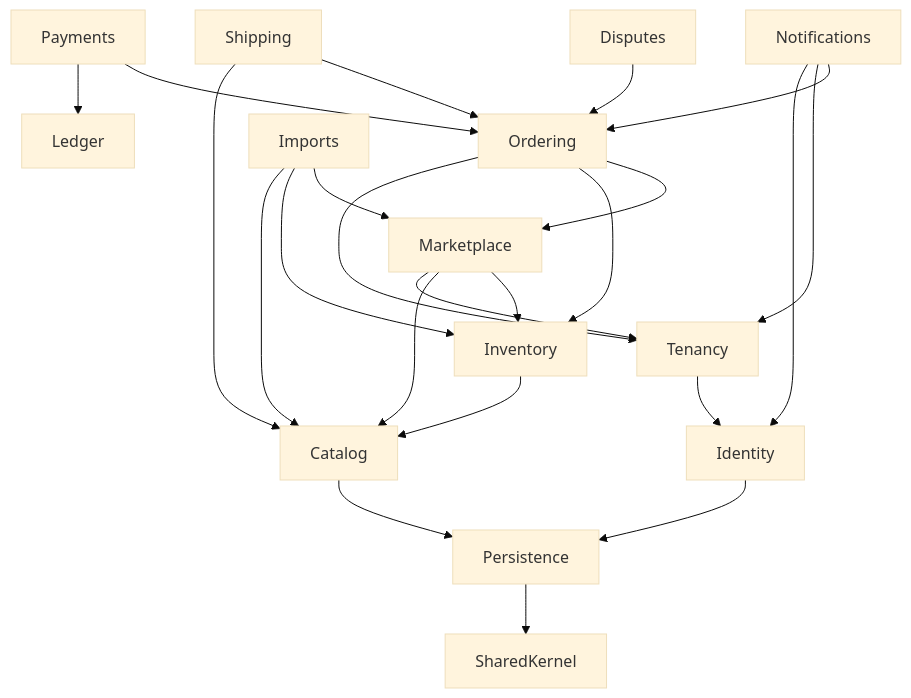
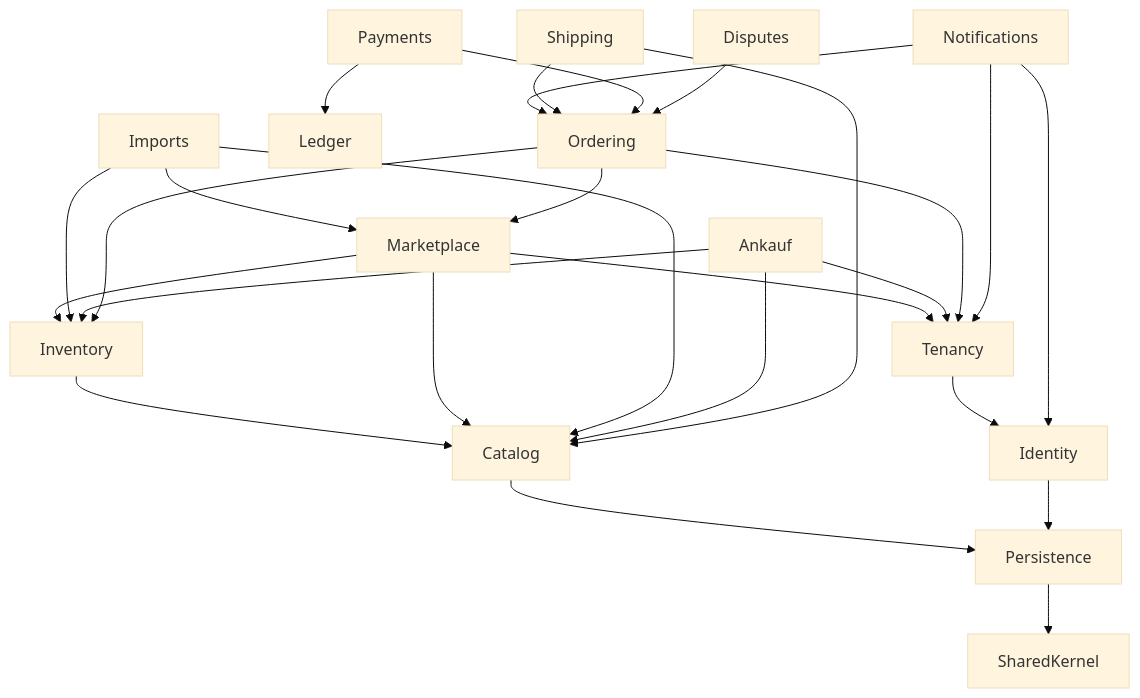
One commit to sedatakyol-49/handyNet changed the second of 2 diagrams in docs/architecture.md. Above: the diagram before and after it, drawn with Mermaid (base theme). The commit also changed other lines of this file and 20 other files, not shown here.

````diff
--- a/docs/architecture.md
+++ b/docs/architecture.md
@@ -24,25 +24,28 @@
 ```mermaid
 flowchart TD
     Disputes --> Ordering
     Payments --> Ordering
     Payments --> Ledger
     Shipping --> Ordering
     Shipping --> Catalog
     Notifications --> Ordering
     Notifications --> Tenancy
     Notifications --> Identity
     Ordering --> Marketplace
     Ordering --> Inventory
     Ordering --> Tenancy
+    Ankauf --> Inventory
+    Ankauf --> Catalog
+    Ankauf --> Tenancy
     Imports --> Marketplace
     Imports --> Inventory
     Imports --> Catalog
     Marketplace --> Inventory
     Marketplace --> Catalog
     Marketplace --> Tenancy
     Inventory --> Catalog
     Tenancy --> Identity
     Identity --> Persistence
     Catalog --> Persistence
     Persistence --> SharedKernel
 ```
````
